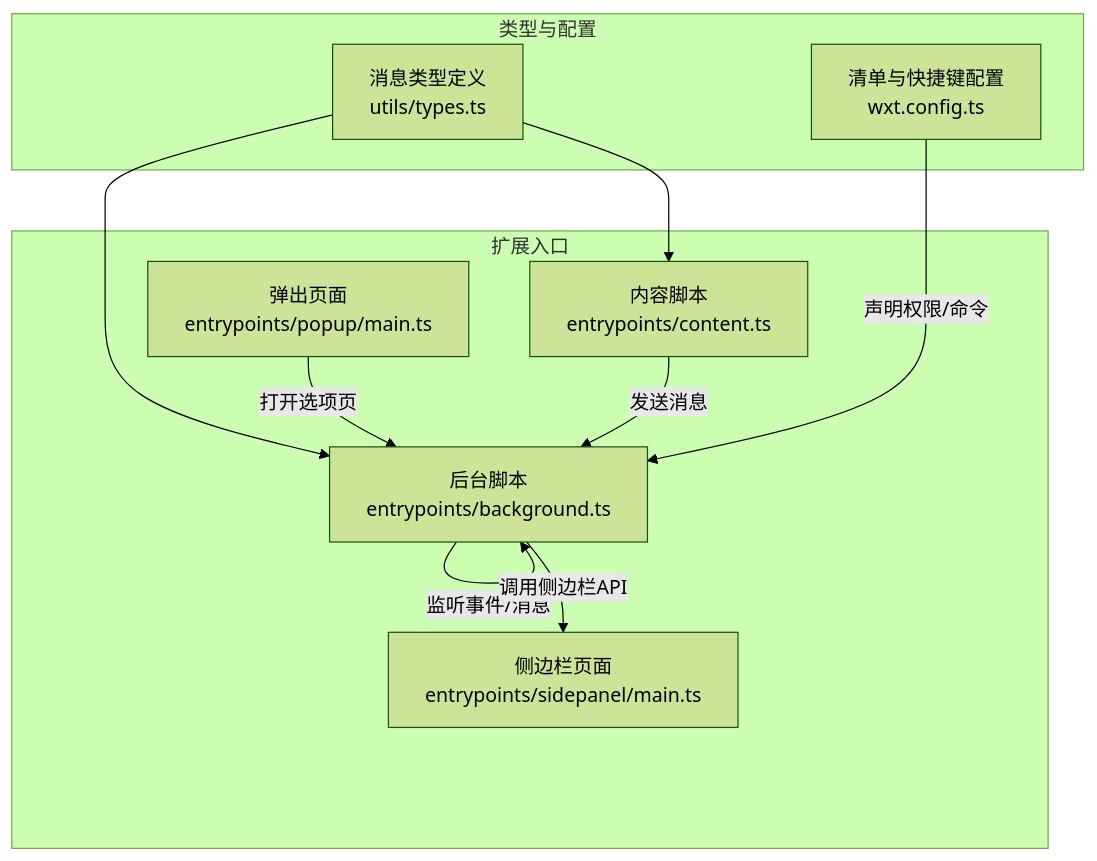
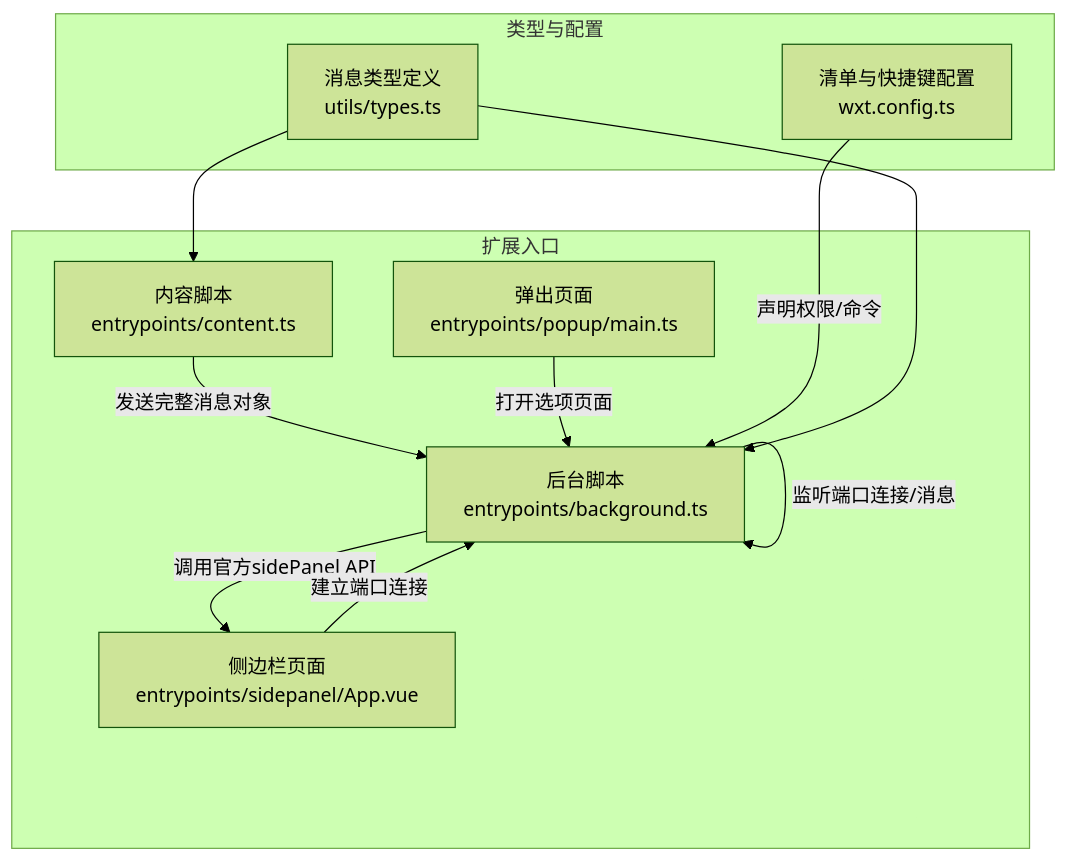
One commit to liaolongdong/account-password-helper changed the first of 12 diagrams in .qoder/repowiki/zh/content/扩展入口点/Background Script.md. Above: the diagram before and after it, drawn with Mermaid (forest theme). The commit also changed other lines of this file and 23 other files, not shown here.

````diff
--- a/.qoder/repowiki/zh/content/扩展入口点/Background Script.md
+++ b/.qoder/repowiki/zh/content/扩展入口点/Background Script.md
@@ -37,20 +57,21 @@
 ```mermaid
 graph TB
 subgraph "扩展入口"
 BG["后台脚本<br/>entrypoints/background.ts"]
 CS["内容脚本<br/>entrypoints/content.ts"]
-SP["侧边栏页面<br/>entrypoints/sidepanel/main.ts"]
+SP["侧边栏页面<br/>entrypoints/sidepanel/App.vue"]
 POP["弹出页面<br/>entrypoints/popup/main.ts"]
 end
 subgraph "类型与配置"
 TYPES["消息类型定义<br/>utils/types.ts"]
 CFG["清单与快捷键配置<br/>wxt.config.ts"]
 end
-BG --> |"监听事件/消息"| BG
-CS --> |"发送消息"| BG
-BG --> |"调用侧边栏API"| SP
-POP --> |"打开选项页"| BG
+BG --> |"监听端口连接/消息"| BG
+CS --> |"发送完整消息对象"| BG
+BG --> |"调用官方sidePanel API"| SP
+POP --> |"打开选项页面"| BG
 CFG --> |"声明权限/命令"| BG
 TYPES --> BG
 TYPES --> CS
+SP --> |"建立端口连接"| BG
 ```
````
